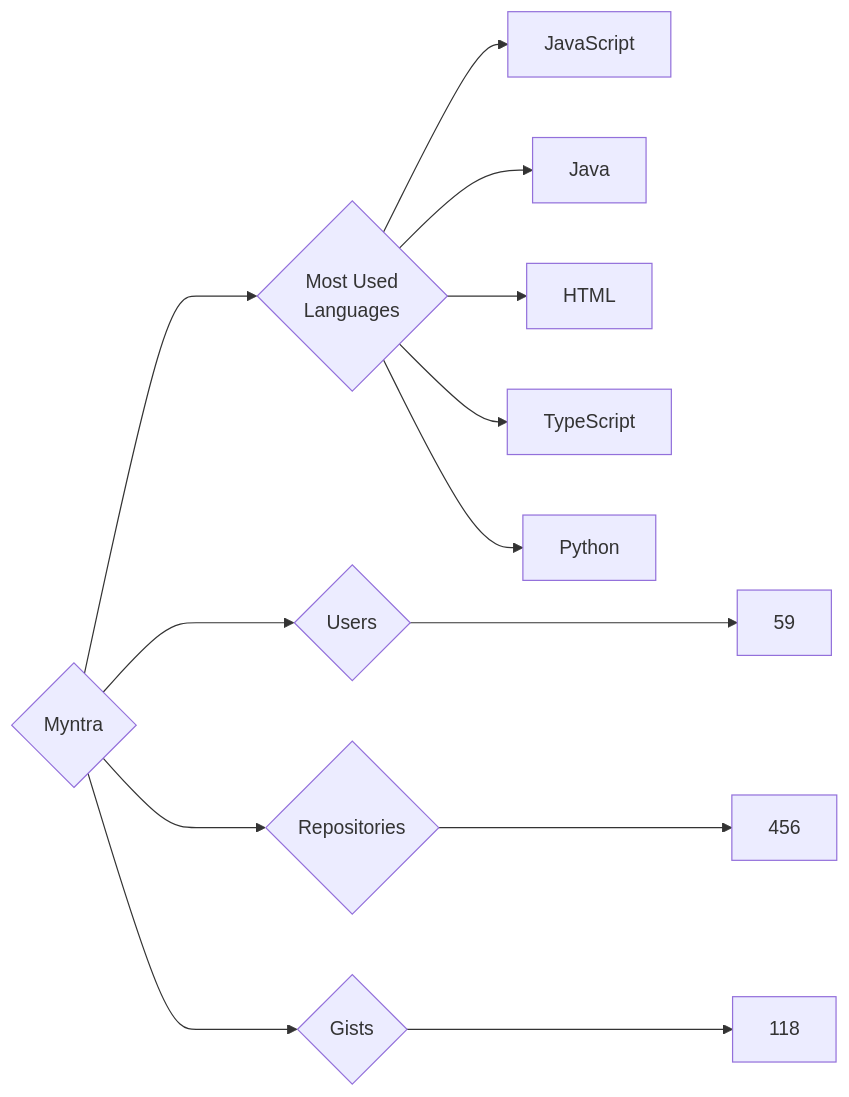
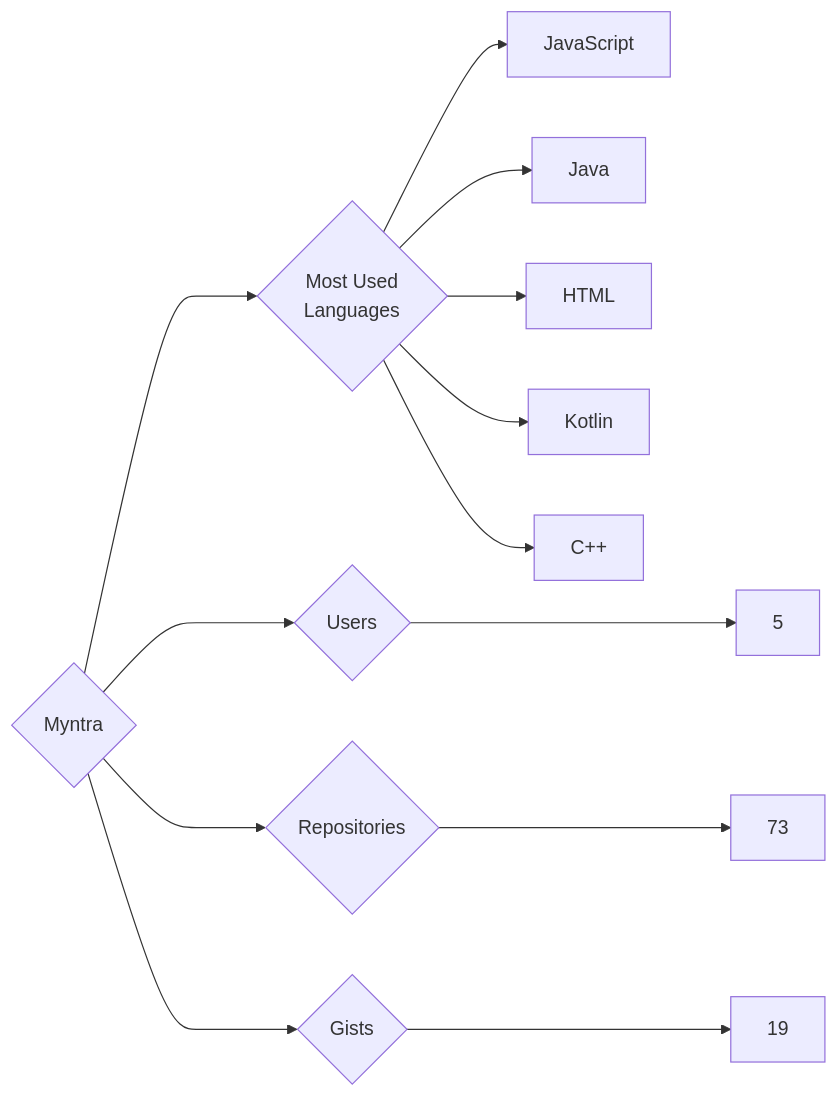
The diagram in targets/Myntra/README.md (trickest/insiders), drawn with Mermaid before and after one commit. The commit also changed 815 other files, not shown here.

````diff
--- a/targets/Myntra/README.md
+++ b/targets/Myntra/README.md
@@ -3,13 +3,13 @@
 ```mermaid
 graph LR
 COMPANY_NAME{Myntra}
-COMPANY_NAME ---> U{Users} ---> UN[59]
-COMPANY_NAME ---> R{Repositories} ---> RN[456]
-COMPANY_NAME ---> G{Gists} ---> GN[118]
+COMPANY_NAME ---> U{Users} ---> UN[5]
+COMPANY_NAME ---> R{Repositories} ---> RN[73]
+COMPANY_NAME ---> G{Gists} ---> GN[19]
 COMPANY_NAME ---> ML{Most Used<br>Languages}
 ML --> JavaScript[JavaScript]
 ML --> Java[Java]
 ML --> HTML[HTML]
-ML --> TypeScript[TypeScript]
-ML --> Python[Python]
+ML --> Kotlin[Kotlin]
+ML --> C++[C++]
 ```
````
